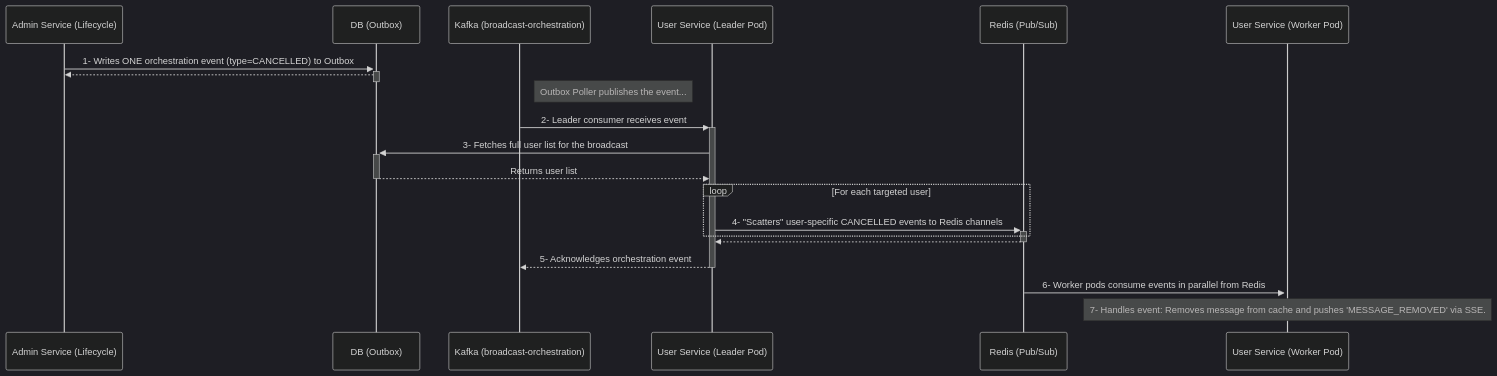
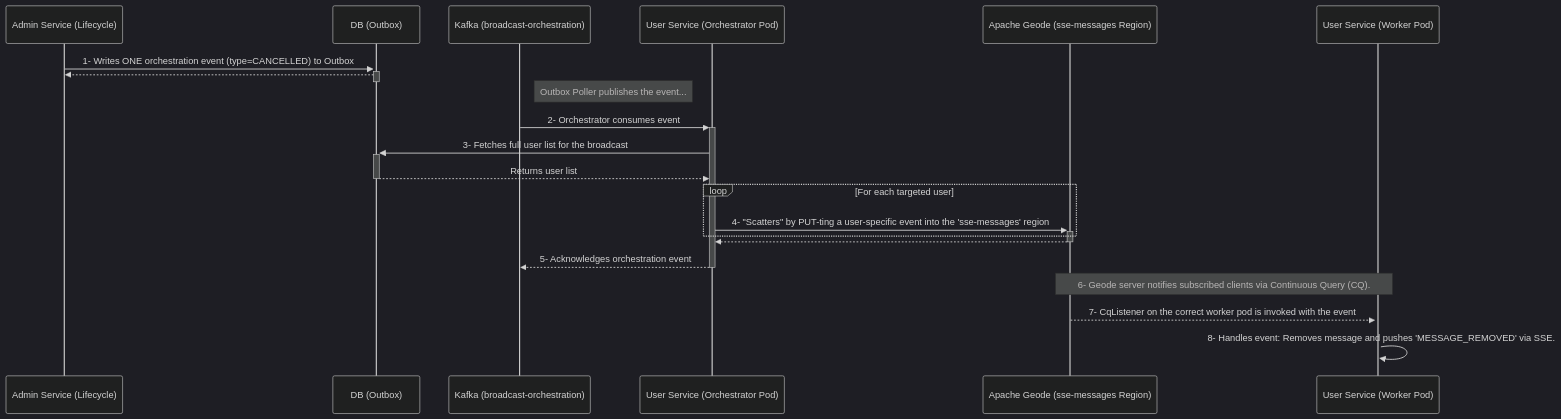
One commit to rsrini7/Notification-SSE-GLM-Flux changed the diagram in MermaidDiagrams/seq-cancellation-fan-out.mmd. Above: the diagram before and after it, drawn with Mermaid (dark theme). The commit also changed 26 other files, not shown here.

First line of the commit message:
refactor(diagrams): replace Redis with Geode in all diagrams

```diff
--- a/MermaidDiagrams/seq-cancellation-fan-out.mmd
+++ b/MermaidDiagrams/seq-cancellation-fan-out.mmd
@@ -1,26 +1,27 @@
 sequenceDiagram
     participant AdminSvc as Admin Service (Lifecycle)
     participant DB as DB (Outbox)
     participant KafkaOrchestration as Kafka (broadcast-orchestration)
-    participant Orchestrator as User Service (Leader Pod)
-    participant Redis as Redis (Pub/Sub)
-    participant WorkerConsumer as User Service (Worker Pod)
+    participant Orchestrator as User Service (Orchestrator Pod)
+    participant Geode as Apache Geode (sse-messages Region)
+    participant Worker as User Service (Worker Pod)
 
     AdminSvc->>+DB: 1- Writes ONE orchestration event (type=CANCELLED) to Outbox
     DB-->>-AdminSvc: 
 
     Note right of KafkaOrchestration: Outbox Poller publishes the event...
 
-    KafkaOrchestration->>+Orchestrator: 2- Leader consumer receives event
+    KafkaOrchestration->>+Orchestrator: 2- Orchestrator consumes event
     Orchestrator->>+DB: 3- Fetches full user list for the broadcast
     DB-->>-Orchestrator: Returns user list
 
     loop For each targeted user
-        Orchestrator->>+Redis: 4- "Scatters" user-specific CANCELLED events to Redis channels
+        Orchestrator->>+Geode: 4- "Scatters" by PUT-ting a user-specific event into the 'sse-messages' region
     end
-    Redis-->>-Orchestrator: 
+    Geode-->>-Orchestrator: 
 
     Orchestrator-->>-KafkaOrchestration: 5- Acknowledges orchestration event
 
-    Redis->>+WorkerConsumer: 6- Worker pods consume events in parallel from Redis
-    Note over WorkerConsumer: 7- Handles event: Removes message from cache and pushes 'MESSAGE_REMOVED' via SSE.
+    Note over Geode, Worker: 6- Geode server notifies subscribed clients via Continuous Query (CQ).
+    Geode-->>+Worker: 7- CqListener on the correct worker pod is invoked with the event
+    Worker->>Worker: 8- Handles event: Removes message and pushes 'MESSAGE_REMOVED' via SSE.
```
